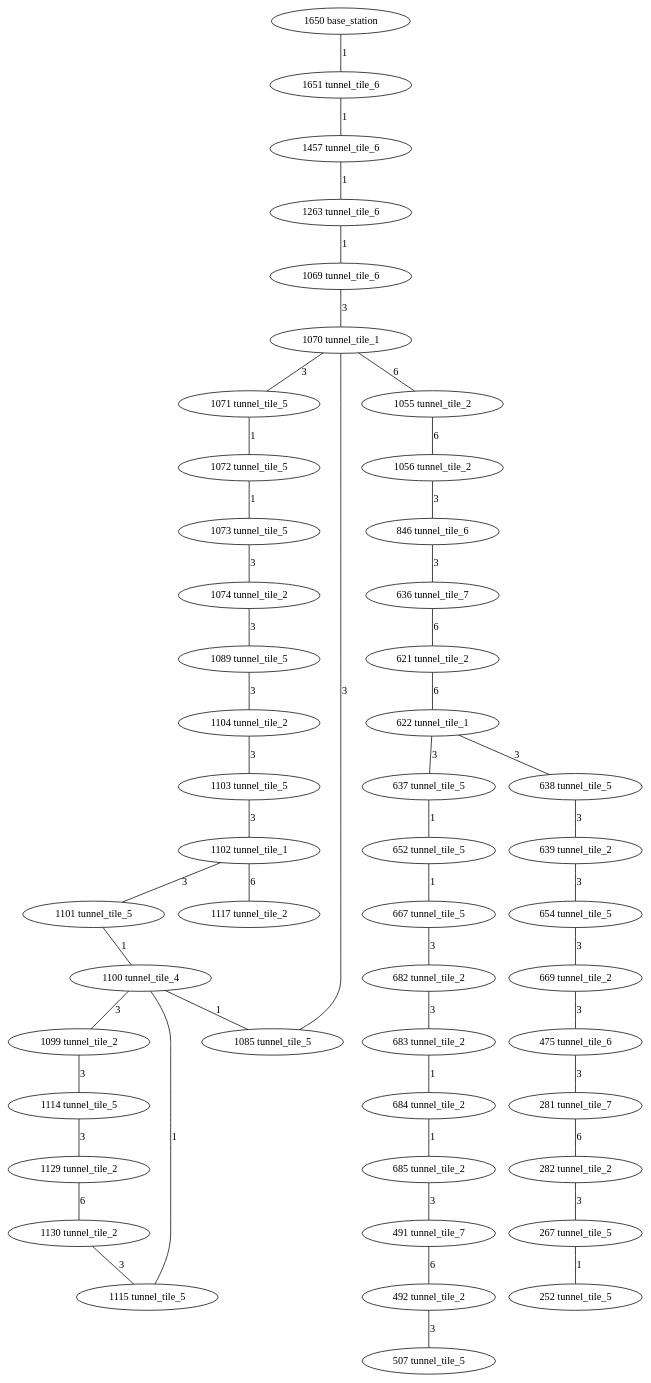
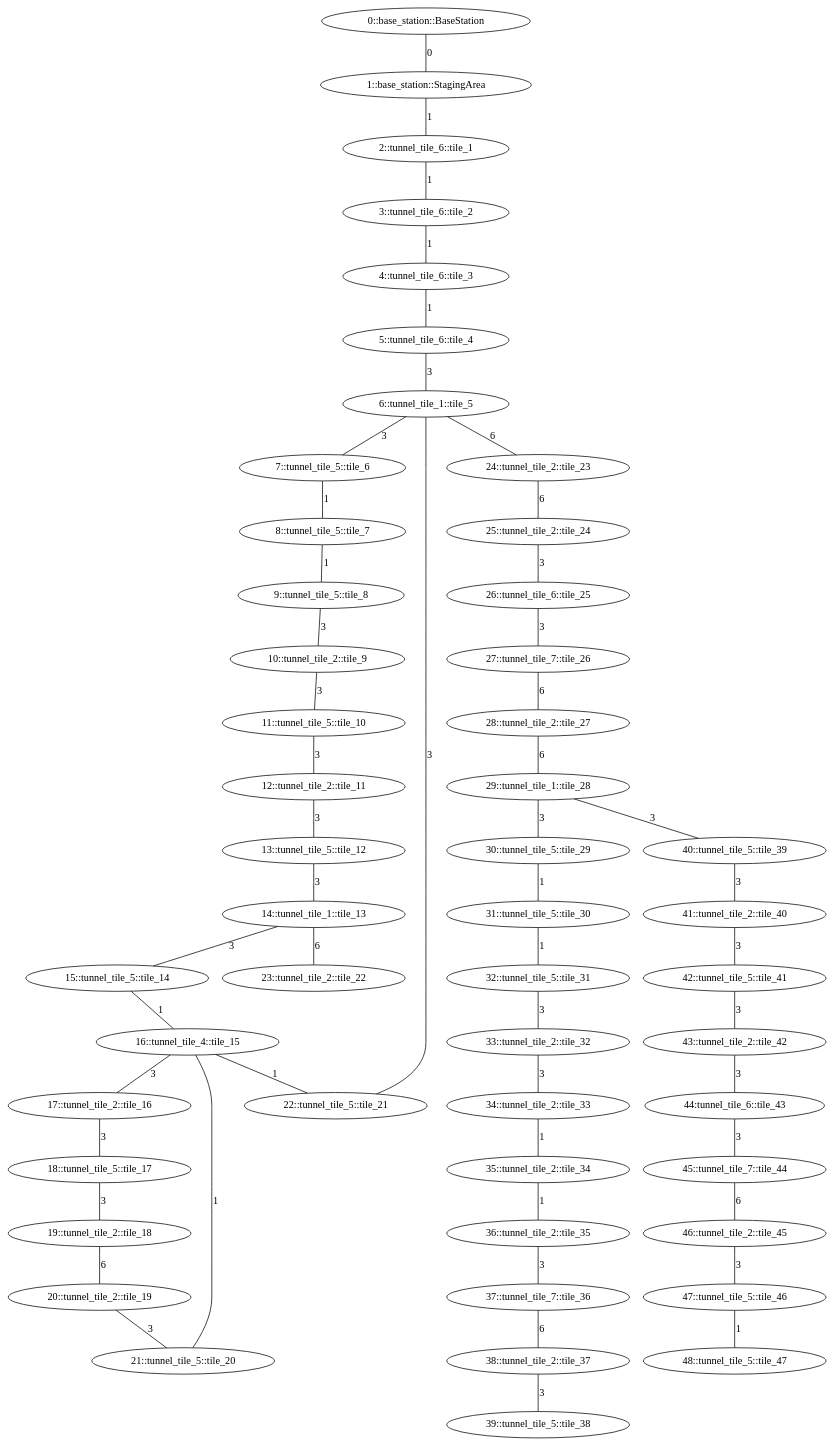
Before and after one commit to osrf/subt: the diagram in subt_gazebo/worlds/tunnel_practice_1.dot, drawn with Graphviz. The commit also changed 11 other files, not shown here.

Commit message:
Adding tunnel_staging_area model.

```diff
--- a/subt_gazebo/worlds/tunnel_practice_1.dot
+++ b/subt_gazebo/worlds/tunnel_practice_1.dot
@@ -1,184 +1,178 @@
 
 /* Visibility graph for tunnel_practice_1.world */
 
-/* SubT tunnel parameters   */
-/* <ATTRIBUTE> min_x -10.0  */
-/* <ATTRIBUTE> max_x 290.0  */
-/* <ATTRIBUTE> step_x 20.0  */
-/* <ATTRIBUTE> min_y -130.0 */
-/* <ATTRIBUTE> max_y 130.0  */
-/* <ATTRIBUTE> step_y 20.0  */
-/* <ATTRIBUTE> min_z -42.5  */
-/* <ATTRIBUTE> max_z  2.5   */
-/* <ATTRIBUTE> step_z 5     */
-
 graph {
-  /* Vertices */
+  /* ==== Vertices ==== */
 
   /* Base station */
   /* (-8,0,0) */
-  1650 [label="1650 base_station"];
+  0 [label="0::base_station::BaseStation"];
+
+  /* Staging area */
+  /* (-1.181716 0 -0.002) */
+  1 [label="1::base_station::StagingArea"];
   
   /* (20,0,-5) */
-  1651 [label="1651 tunnel_tile_6"];
+  2 [label="2::tunnel_tile_6::tile_1"];
   /* ((40,0,-10) */
-  1457 [label="1457 tunnel_tile_6"];
+  3 [label="3::tunnel_tile_6::tile_2"];
   /* (60,0,-15) */
-  1263 [label="1263 tunnel_tile_6"];
+  4 [label="4::tunnel_tile_6::tile_3"];
   /* (80,0,-20) */
-  1069 [label="1069 tunnel_tile_6"];
+  5 [label="5::tunnel_tile_6::tile_4"];
   /* (100,0,-20) */
-  1070 [label="1070 tunnel_tile_1"];
+  6 [label="6::tunnel_tile_1::tile_5"];
   /* (120,0,-20) */
-  1071 [label="1071 tunnel_tile_5"];
+  7 [label="7::tunnel_tile_5::tile_6"];
   /* (140,0,-20) */
-  1072 [label="1072 tunnel_tile_5"];
+  8 [label="8::tunnel_tile_5::tile_7"];
   /* (160,0,-20) */
-  1073 [label="1073 tunnel_tile_5"];
+  9 [label="9::tunnel_tile_5::tile_8"];
   /* (180,0,-20) */
-  1074 [label="1074 tunnel_tile_2"];
+  10 [label="10::tunnel_tile_2::tile_9"];
   /* (180,20,-20) */
-  1089 [label="1089 tunnel_tile_5"];
+  11 [label="11::tunnel_tile_5::tile_10"];
   /* (180,40,-20) */
-  1104 [label="1104 tunnel_tile_2"];
+  12 [label="12::tunnel_tile_2::tile_11"];
   /* (160,40,-20) */
-  1103 [label="1103 tunnel_tile_5"];
+  13 [label="13::tunnel_tile_5::tile_12"];
   /* (140,40,-20) */
-  1102 [label="1102 tunnel_tile_1"];
+  14 [label="14::tunnel_tile_1::tile_13"];
   /* ((120,40,-20) */
-  1101 [label="1101 tunnel_tile_5"];
+  15 [label="15::tunnel_tile_5::tile_14"];
   
   /* (100,40,-20) */
-  1100 [label="1100 tunnel_tile_4"];
+  16 [label="16::tunnel_tile_4::tile_15"];
   
   /* (80,40,-20) */
-  1099 [label="1099 tunnel_tile_2"];
+  17 [label="17::tunnel_tile_2::tile_16"];
   /* (80,60,-20) */
-  1114 [label="1114 tunnel_tile_5"];
+  18 [label="18::tunnel_tile_5::tile_17"];
   /* (80,80,-20) */
-  1129 [label="1129 tunnel_tile_2"];
+  19 [label="19::tunnel_tile_2::tile_18"];
   /* (100,80,-20) */
-  1130 [label="1130 tunnel_tile_2"];
+  20 [label="20::tunnel_tile_2::tile_19"];
   /* (100,60,-20) */
-  1115 [label="1115 tunnel_tile_5"];
+  21 [label="21::tunnel_tile_5::tile_20"];
   /* (100,20,-20) */
-  1085 [label="1085 tunnel_tile_5"];
+  22 [label="22::tunnel_tile_5::tile_21"];
   /* (140,60,-20) */
-  1117 [label="1117 tunnel_tile_2"];
+  23 [label="23::tunnel_tile_2::tile_22"];
   /* (100,-20,-20) */
-  1055 [label="1055 tunnel_tile_2"];
+  24 [label="24::tunnel_tile_2::tile_23"];
   /* (120,-20,-20) */
-  1056 [label="1056 tunnel_tile_2"];
+  25 [label="25::tunnel_tile_2::tile_24"];
   /* (120,-40,-25) */
-  846 [label="846 tunnel_tile_6"];
+  26 [label="26::tunnel_tile_6::tile_25"];
   /* (120,-60,-30) */
-  636 [label="636 tunnel_tile_7"];
+  27 [label="27::tunnel_tile_7::tile_26"];
   /* (120,-80,-30) */
-  621 [label="621 tunnel_tile_2"];
+  28 [label="28::tunnel_tile_2::tile_27"];
   /* (140,-80,-30) */
-  622 [label="622 tunnel_tile_1"];
+  29 [label="29::tunnel_tile_1::tile_28"];
   /* (140,-60,-30) */
-  637 [label="637 tunnel_tile_5"];
+  30 [label="30::tunnel_tile_5::tile_29"];
   /* (140,-40,-30) */
-  652 [label="652 tunnel_tile_5"];
+  31 [label="31::tunnel_tile_5::tile_30"];
   /* (140,-20,-30) */
-  667 [label="667 tunnel_tile_5"];
+  32 [label="32::tunnel_tile_5::tile_31"];
   /* (140,0,-30) */
-  682 [label="682 tunnel_tile_2"];
+  33 [label="33::tunnel_tile_2::tile_32"];
   /* (160,0,-30) */
-  683 [label="683 tunnel_tile_2"];
+  34 [label="34::tunnel_tile_2::tile_33"];
   /* (180,0,-30) */
-  684 [label="684 tunnel_tile_2"];
+  35[label="35::tunnel_tile_2::tile_34"];
   /* (200,0,-30) */
-  685 [label="685 tunnel_tile_2"];
+  36 [label="36::tunnel_tile_2::tile_35"];
   /* (220,0,-35) */
-  491 [label="491 tunnel_tile_7"];
+  37 [label="37::tunnel_tile_7::tile_36"];
   /* (240,0,-35) */
-  492 [label="492 tunnel_tile_2"];
+  38 [label="38::tunnel_tile_2::tile_37"];
   /* (240,20,-35) */
-  507 [label="507 tunnel_tile_5"];
+  39 [label="39::tunnel_tile_5::tile_38"];
   /* (160,-80,-30) */
-  638 [label="638 tunnel_tile_5"];
+  40 [label="40::tunnel_tile_5::tile_39"];
   /* (180,-80,-30) */
-  639 [label="639 tunnel_tile_2"];
+  41 [label="41::tunnel_tile_2::tile_40"];
   /* (180,-60,-30) */
-  654 [label="654 tunnel_tile_5"];
+  42 [label="42::tunnel_tile_5::tile_41"];
   /* (180,-40,-30) */
-  669 [label="669 tunnel_tile_2"];
+  43 [label="43::tunnel_tile_2::tile_42"];
   /* (200,-40,-35) */
-  475 [label="475 tunnel_tile_6"];
+  44 [label="44:tunnel_tile_6::tile_43"];
   /* (220,-40,-40) */
-  281 [label="281 tunnel_tile_7"];
+  45 [label="45::tunnel_tile_7::tile_44"];
   /* (240,-40,-40) */
-  282 [label="282 tunnel_tile_2"];
+  46 [label="46::tunnel_tile_2::tile_45"];
   /* (240,-60,-40) */
-  267 [label="267 tunnel_tile_5"];
+  47 [label="47::tunnel_tile_5::tile_46"];
   /* (240,-80,-40) */
-  252 [label="252 tunnel_tile_5"];
+  48 [label="48::tunnel_tile_5::tile_47"];
 
-  /* Edges */
+  /* ==== Edges ==== */
 
   /* Base station */
-  1650 -- 1651 [label=1]
+  0 -- 1    [label=0]
+  1 -- 2    [label=1]
 
-  1651 -- 1457 [label=1];
-  1457 -- 1263 [label=1];
-  1263 -- 1069  [label=1];
-  1069  -- 1070  [label=3];
+  2 -- 3    [label=1];
+  3 -- 4    [label=1];
+  4 -- 5    [label=1];
+  5 -- 6    [label=3];
   
   /* Intersection */
-  1070 -- 1071  [label=3];
-  1070 -- 1085  [label=3];
-  1070 -- 1055  [label=6];
+  6 -- 7    [label=3];
+  6 -- 22   [label=3];
+  6 -- 24   [label=6];
      
-  1071 -- 1072  [label=1];
-  1072 -- 1073  [label=1];
-  1073 -- 1074  [label=3];
-  1074 -- 1089  [label=3];
-  1089 -- 1104  [label=3];
-  1104 -- 1103  [label=3];
-  1103 -- 1102  [label=3];
+  7  -- 8   [label=1];
+  8  -- 9   [label=1];
+  9  -- 10  [label=3];
+  10 -- 11  [label=3];
+  11 -- 12  [label=3];
+  12 -- 13  [label=3];
+  13 -- 14  [label=3];
 
   /* Intersection */
-  1102 -- 1101  [label=3];
-  1102 -- 1117  [label=6];
-  1101 -- 1100  [label=1];
+  14 -- 15  [label=3];
+  14 -- 23  [label=6];
+  15 -- 16  [label=1];
 
   /* Intersection */
-  1100  -- 1099  [label=3];
-  1100  -- 1115  [label=1];
-  1100  -- 1085  [label=1];
+  16 -- 17  [label=3];
+  16 -- 21  [label=1];
+  16 -- 22  [label=1];
  
-  1099  -- 1114  [label=3];
-  1114  -- 1129  [label=3];
-  1129  -- 1130  [label=6];
-  1130  -- 1115  [label=3];
-  1055  -- 1056  [label=6];
-  1056  -- 846  [label=3];
-  846  -- 636  [label=3];
-  636  -- 621  [label=6];
-  621  -- 622  [label=6];
+  17 -- 18  [label=3];
+  18 -- 19  [label=3];
+  19 -- 20  [label=6];
+  20 -- 21  [label=3];
+  24 -- 25  [label=6];
+  25 -- 26  [label=3];
+  26 -- 27  [label=3];
+  27 -- 28  [label=6];
+  28 -- 29  [label=6];
 
   /* Intersection */
-  622  -- 637  [label=3];
-  622  -- 638  [label=3];
+  29 -- 30  [label=3];
+  29 -- 40  [label=3];
  
-  637  -- 652  [label=1];
-  652  -- 667  [label=1];
-  667  -- 682  [label=3];
-  682  -- 683  [label=3];
-  683  -- 684  [label=1];
-  684  -- 685  [label=1];
-  685  -- 491  [label=3];
-  491  -- 492  [label=6];
-  492  -- 507  [label=3];
+  30 -- 31  [label=1];
+  31 -- 32  [label=1];
+  32 -- 33  [label=3];
+  33 -- 34  [label=3];
+  34 -- 35  [label=1];
+  35 -- 36  [label=1];
+  36 -- 37  [label=3];
+  37 -- 38  [label=6];
+  38 -- 39  [label=3];
  
-  638  -- 639  [label=3];
-  639  -- 654  [label=3];
-  654  -- 669  [label=3];
-  669  -- 475  [label=3];
-  475  -- 281   [label=3];
-  281   -- 282   [label=6];
-  282   -- 267   [label=3];
-  267   -- 252   [label=1];
+  40 -- 41  [label=3];
+  41 -- 42  [label=3];
+  42 -- 43  [label=3];
+  43 -- 44  [label=3];
+  44 -- 45  [label=3];
+  45 -- 46  [label=6];
+  46 -- 47  [label=3];
+  47 -- 48  [label=1];
 }
```
